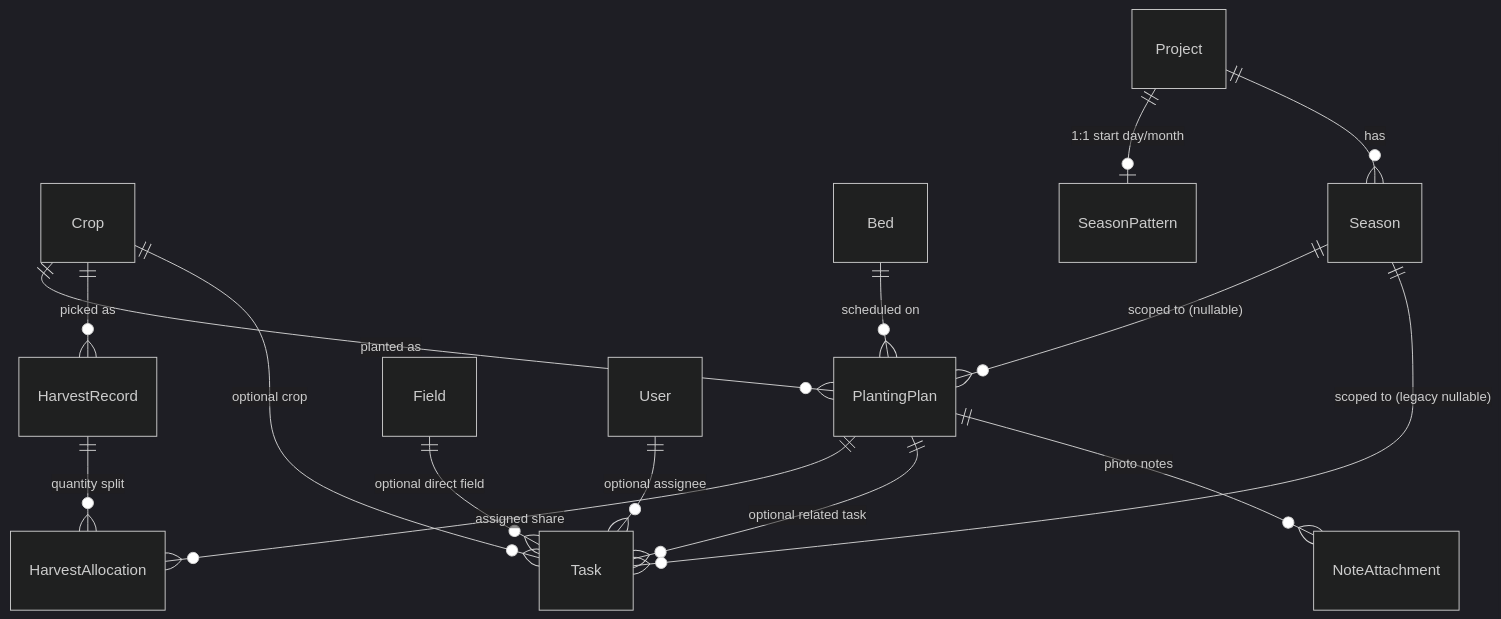
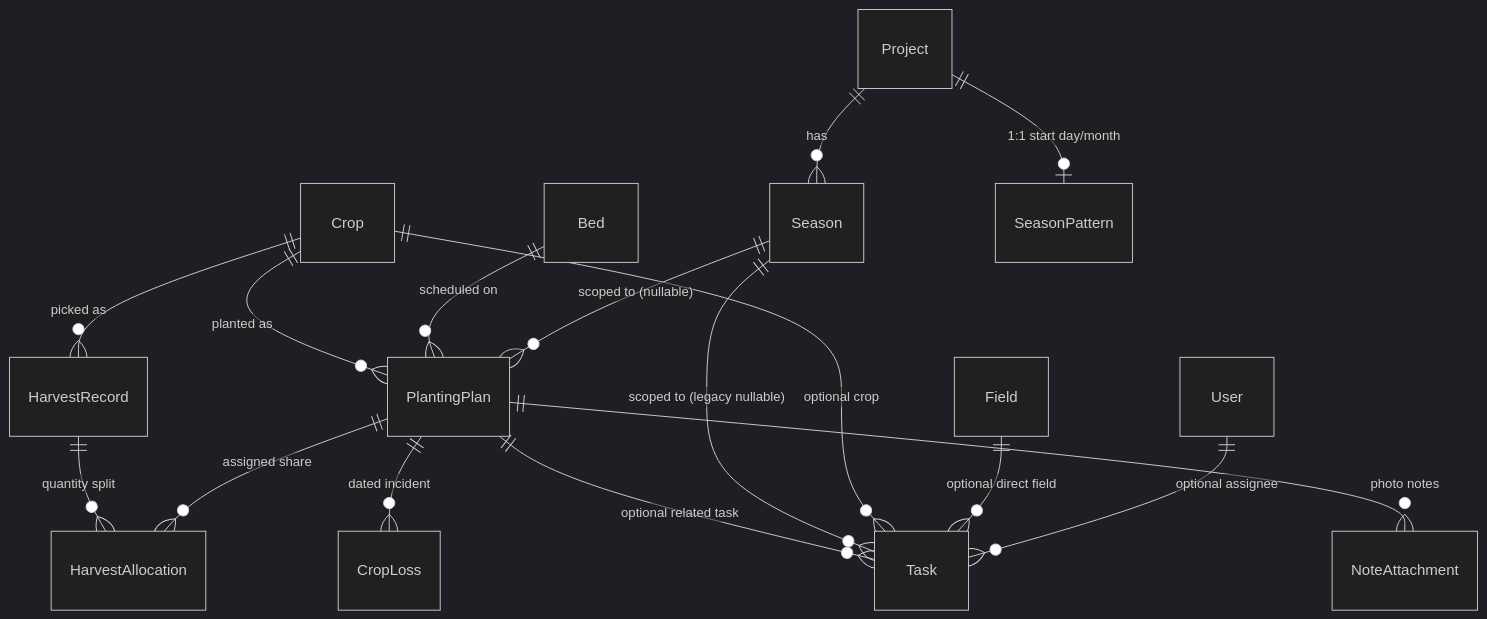
Before and after one commit to OpenFarmPlanner/planner: the fourth of 7 diagrams in docs/data-model.md, drawn with Mermaid (dark theme). The commit also changed other lines of this file and 41 other files, not shown here.

First line of the commit message:
Record dated crop losses on planting plans (#1332)

````diff
--- a/docs/data-model.md
+++ b/docs/data-model.md
@@ -250,17 +250,18 @@
 ```mermaid
 erDiagram
     Crop ||--o{ PlantingPlan : "planted as"
     Crop ||--o{ HarvestRecord : "picked as"
     HarvestRecord ||--o{ HarvestAllocation : "quantity split"
     PlantingPlan ||--o{ HarvestAllocation : "assigned share"
+    PlantingPlan ||--o{ CropLoss : "dated incident"
     Bed ||--o{ PlantingPlan : "scheduled on"
     Season ||--o{ PlantingPlan : "scoped to (nullable)"
     Project ||--o| SeasonPattern : "1:1 start day/month"
     Project ||--o{ Season : has
     PlantingPlan ||--o{ Task : "optional related task"
     Season ||--o{ Task : "scoped to (legacy nullable)"
     Crop ||--o{ Task : "optional crop"
     Field ||--o{ Task : "optional direct field"
     User ||--o{ Task : "optional assignee"
     PlantingPlan ||--o{ NoteAttachment : "photo notes"
 ```
````
